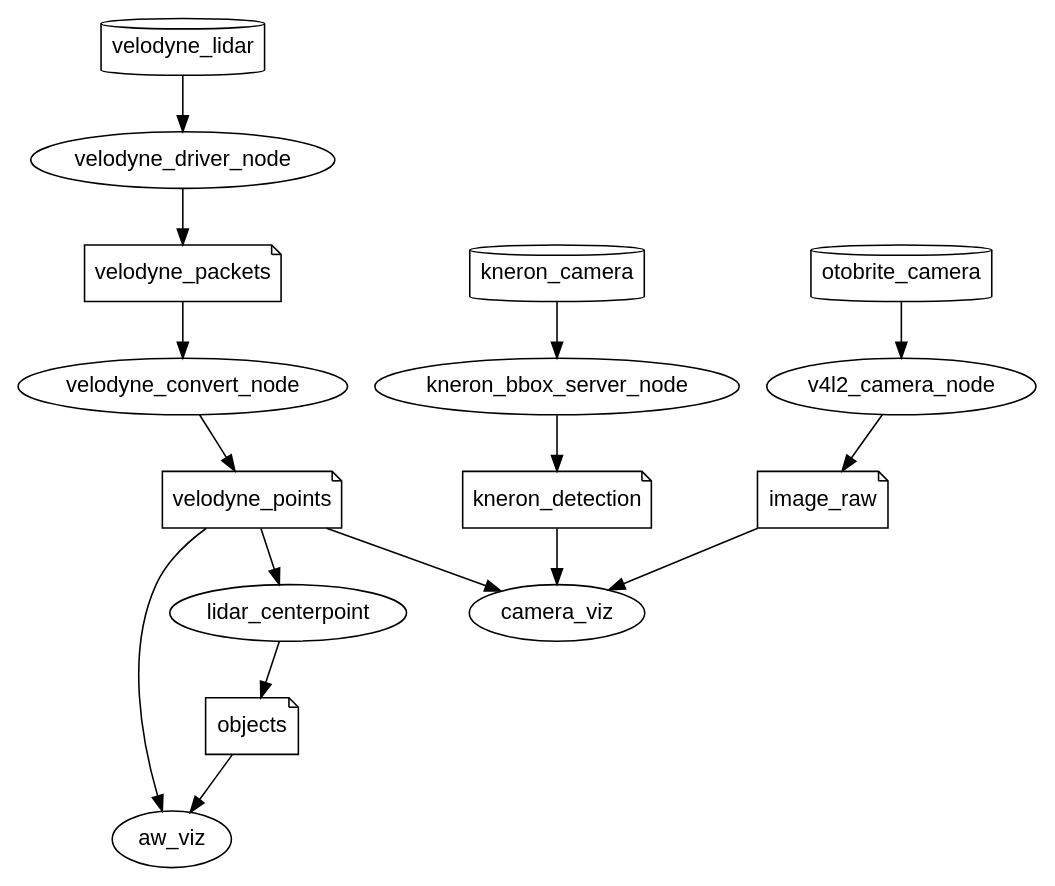
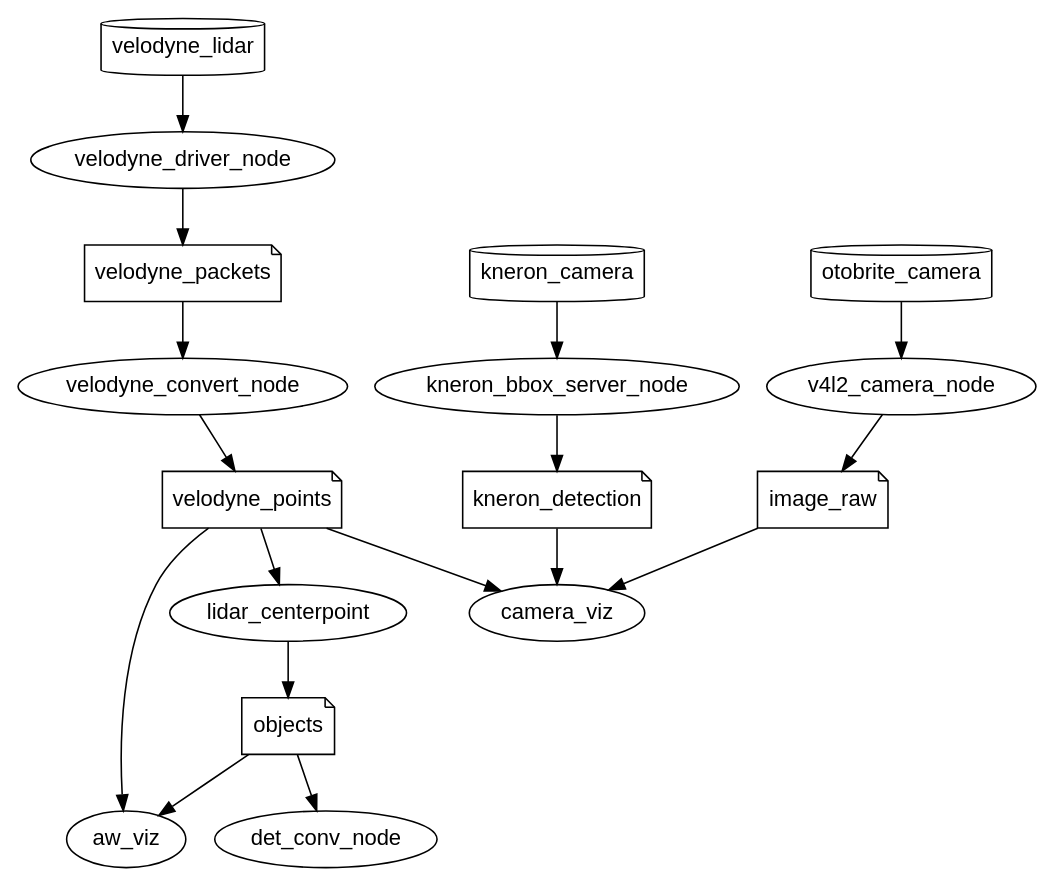
Before and after one commit to NEWSLabNTU/2022-10-mih-demo: the diagram in doc/ARCHITECTURE.dot, drawn with Graphviz. The commit also changed 31 other files, not shown here.

Commit message:
Rename crates and add det_conv_node in README

```diff
--- a/doc/ARCHITECTURE.dot
+++ b/doc/ARCHITECTURE.dot
@@ -1,40 +1,41 @@
 digraph architecture {
         fontname="Helvetica,Arial,sans-serif"
         node [fontname="Helvetica,Arial,sans-serif"]
         edge [fontname="Helvetica,Arial,sans-serif"]
 
         node [shape=cylinder]; velodyne_lidar; otobrite_camera; kneron_camera;
-	node [shape=ellipse]; velodyne_driver_node; velodyne_convert_node; camera_viz; aw_viz; lidar_centerpoint; kneron_bbox_server_node; v4l2_camera_node;
+	node [shape=ellipse]; velodyne_driver_node; velodyne_convert_node; camera_viz; aw_viz; lidar_centerpoint; kneron_bbox_server_node; v4l2_camera_node; det_conv_node;
 	node [shape=note]; velodyne_packets; velodyne_points; kneron_detection; image_raw; objects;
 
         // Velodyne 32C lidar device
         velodyne_lidar -> velodyne_driver_node
 
         // Otobrite camera device
         otobrite_camera -> v4l2_camera_node
         
         // Kneron camera device
         kneron_camera -> kneron_bbox_server_node
         
         // topic velodyne_packets
         velodyne_driver_node -> velodyne_packets
         velodyne_packets -> velodyne_convert_node
         
         // topic velodyne_points
         velodyne_convert_node -> velodyne_points
         velodyne_points -> camera_viz
         velodyne_points -> aw_viz
         velodyne_points -> lidar_centerpoint
 
         // topic kneron_detecion
         kneron_bbox_server_node -> kneron_detection
         kneron_detection -> camera_viz
 
         // topic image_raw
         v4l2_camera_node -> image_raw
         image_raw -> camera_viz
 
         // topic objects
         lidar_centerpoint -> objects
         objects -> aw_viz
+        objects -> det_conv_node
 }
```
